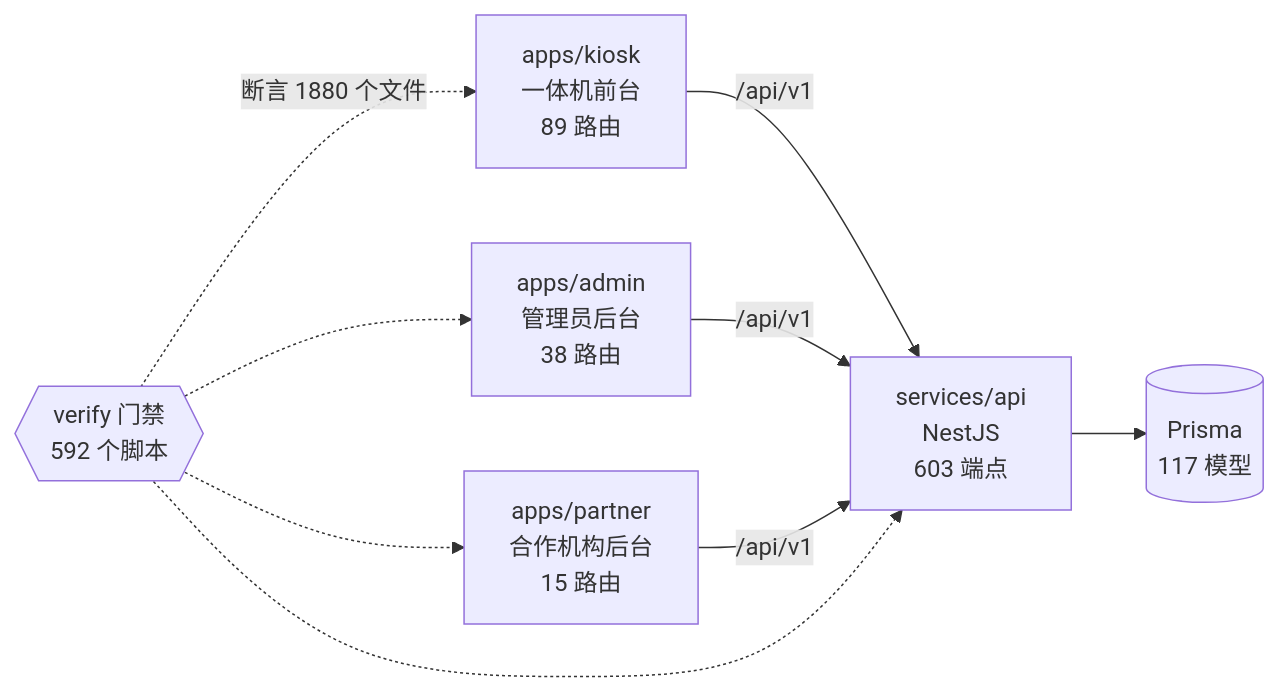
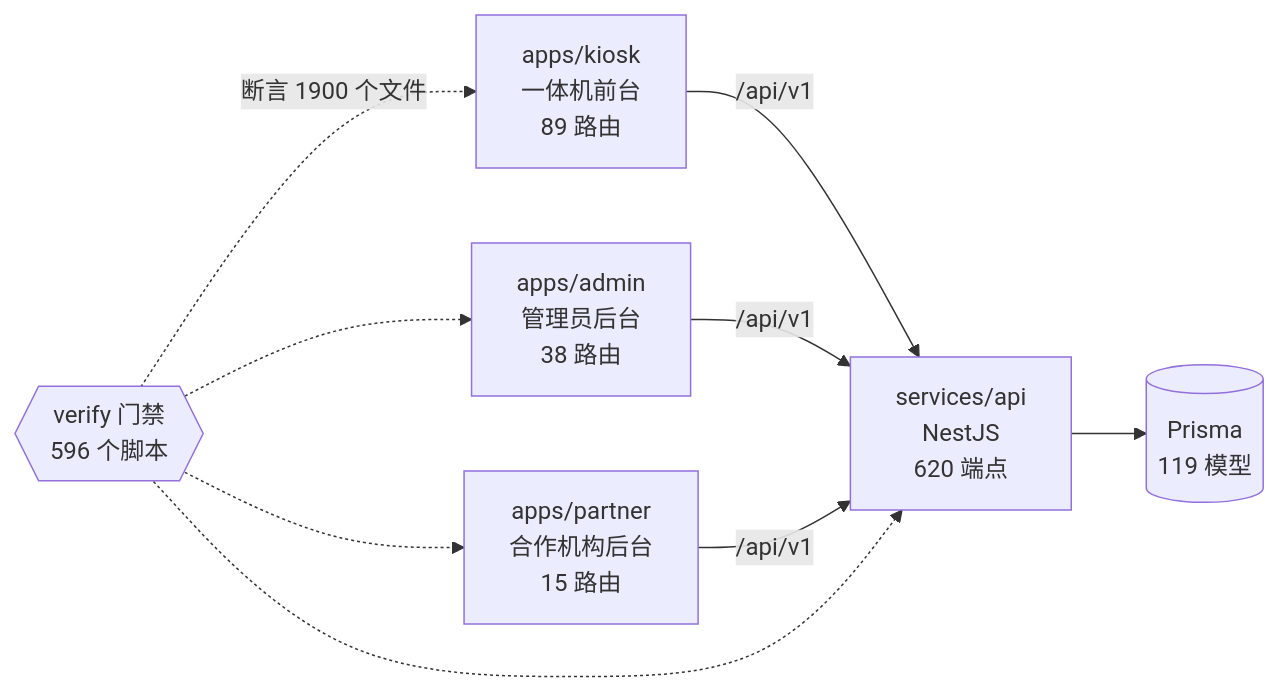
Before and after one commit to wanglei581/YITIJI: the diagram in docs/graph/README.md, drawn with Mermaid. The commit also changed other lines of this file and 4 other files, not shown here.

Commit message:
图谱重出：新增贴牌与授权的端点、模型（BrandLogo、License）和 5 个门禁文件的断言关系（generate-project-graph --check 通过）

````diff
--- a/docs/graph/README.md
+++ b/docs/graph/README.md
@@ -68,18 +68,18 @@
 ```mermaid
 flowchart LR
   kiosk["apps/kiosk<br/>一体机前台<br/>89 路由"]
   admin["apps/admin<br/>管理员后台<br/>38 路由"]
   partner["apps/partner<br/>合作机构后台<br/>15 路由"]
-  api["services/api<br/>NestJS<br/>603 端点"]
-  db[("Prisma<br/>117 模型")]
-  gates{{"verify 门禁<br/>592 个脚本"}}
+  api["services/api<br/>NestJS<br/>620 端点"]
+  db[("Prisma<br/>119 模型")]
+  gates{{"verify 门禁<br/>596 个脚本"}}
 
   kiosk -->|"/api/v1"| api
   admin -->|"/api/v1"| api
   partner -->|"/api/v1"| api
   api --> db
-  gates -.->|"断言 1880 个文件"| kiosk
+  gates -.->|"断言 1900 个文件"| kiosk
   gates -.-> admin
   gates -.-> partner
   gates -.-> api
 ```
````
